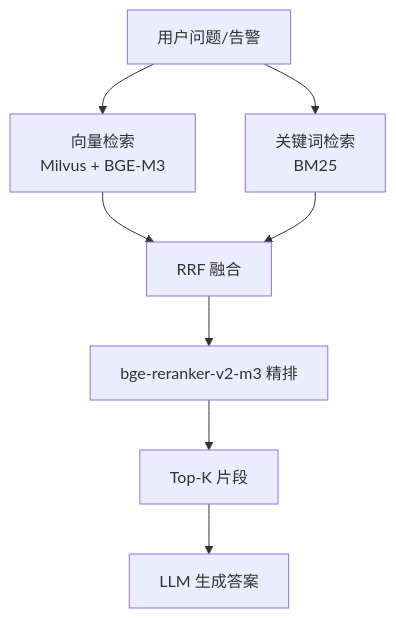
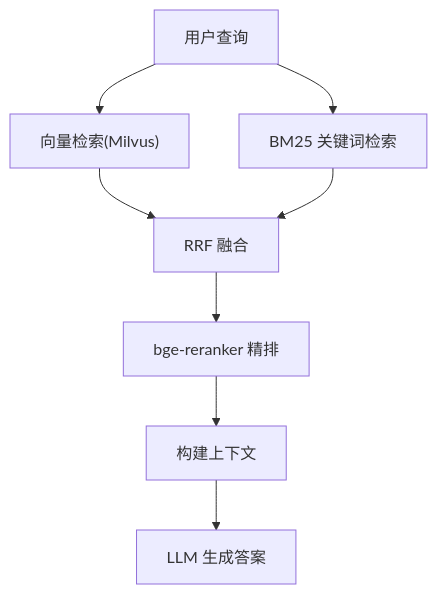
One commit to lyyzzz6/AIops changed the fourth of 7 diagrams in .qoder/repowiki/zh/content/项目概述/项目概述.md. Above: the diagram before and after it, drawn with Mermaid. The commit also changed other lines of this file and 371 other files, not shown here.

````diff
--- a/.qoder/repowiki/zh/content/项目概述/项目概述.md
+++ b/.qoder/repowiki/zh/content/项目概述/项目概述.md
@@ -210,10 +196,10 @@
 ```mermaid
 flowchart TD
-Q["用户问题/告警"] --> V["向量检索<br/>Milvus + BGE-M3"]
-Q --> K["关键词检索<br/>BM25"]
+Q["用户查询"] --> V["向量检索(Milvus)"]
+Q --> K["BM25 关键词检索"]
 V --> F["RRF 融合"]
 K --> F
-F --> R["bge-reranker-v2-m3 精排"]
-R --> T["Top-K 片段"]
-T --> L["LLM 生成答案"]
+F --> R["bge-reranker 精排"]
+R --> C["构建上下文"]
+C --> LLM["LLM 生成答案"]
 ```
````
